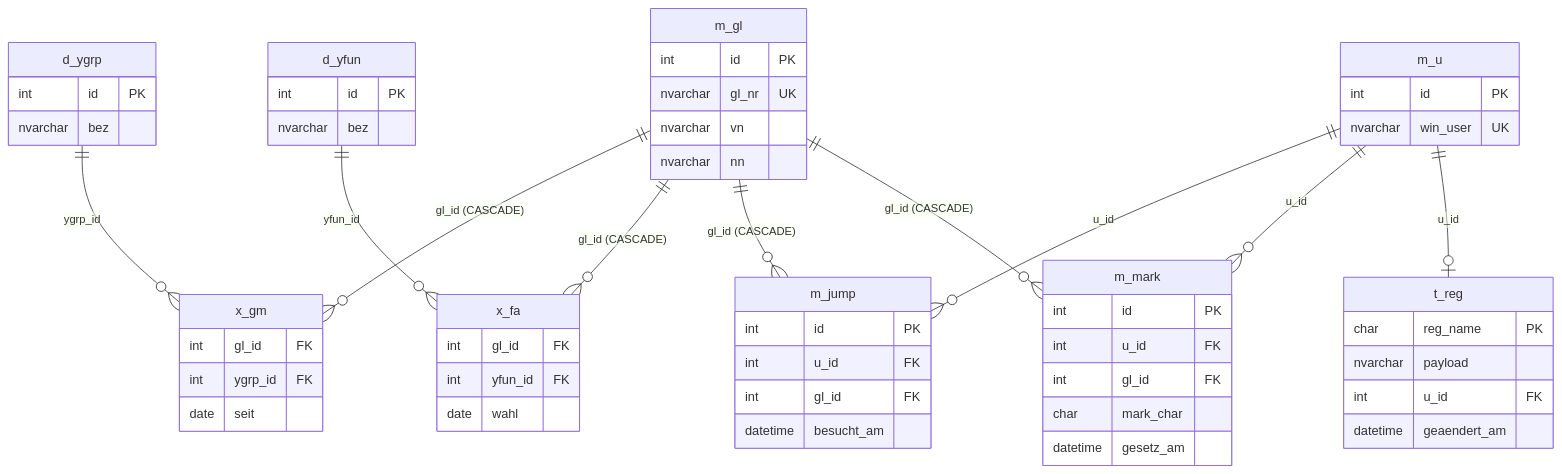
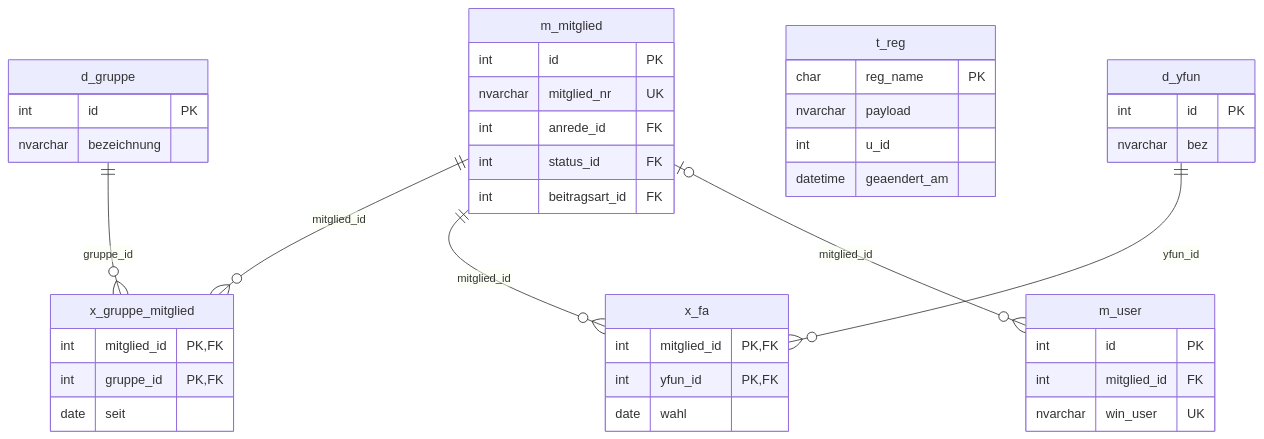
The fourth of 6 diagrams in schema-diagramme.md (ovaya2/y), drawn with Mermaid before and after one commit. The commit also changed other lines of this file and 1 other file, not shown here.

First line of the commit message:
docs: schema.md und schema-diagramme.md v2.0.0 (Neuaufbau aus yam2.Database, Stand d1dfd1b)

````diff
--- a/schema-diagramme.md
+++ b/schema-diagramme.md
@@ -219,68 +253,44 @@
 ```mermaid
 erDiagram
-    m_gl {
+    d_gruppe {
         int id PK
-        nvarchar gl_nr UK
-        nvarchar vn
-        nvarchar nn
+        nvarchar bezeichnung
     }
-
-    d_ygrp {
-        int id PK
-        nvarchar bez
+    x_gruppe_mitglied {
+        int mitglied_id PK, FK
+        int gruppe_id PK, FK
+        date seit
     }
-
     d_yfun {
         int id PK
         nvarchar bez
     }
-
-    x_gm {
-        int gl_id FK
-        int ygrp_id FK
-        date seit
-    }
-
     x_fa {
-        int gl_id FK
-        int yfun_id FK
+        int mitglied_id PK, FK
+        int yfun_id PK, FK
         date wahl
     }
-
-    m_u {
-        int id PK
-        nvarchar win_user UK
-    }
-
-    m_jump {
-        int id PK
-        int u_id FK
-        int gl_id FK
-        datetime besucht_am
-    }
-
-    m_mark {
-        int id PK
-        int u_id FK
-        int gl_id FK
-        char mark_char
-        datetime gesetz_am
-    }
-
     t_reg {
         char reg_name PK
         nvarchar payload
-        int u_id FK
+        int u_id
         datetime geaendert_am
     }
-
-    m_gl ||--o{ x_gm : "gl_id (CASCADE)"
-    d_ygrp ||--o{ x_gm : "ygrp_id"
-    m_gl ||--o{ x_fa : "gl_id (CASCADE)"
+    m_user {
+        int id PK
+        int mitglied_id FK
+        nvarchar win_user UK
+    }
+    m_mitglied {
+        int id PK
+        nvarchar mitglied_nr UK
+        int anrede_id FK
+        int status_id FK
+        int beitragsart_id FK
+    }
+    m_mitglied ||--o{ x_gruppe_mitglied : "mitglied_id"
+    d_gruppe ||--o{ x_gruppe_mitglied : "gruppe_id"
+    m_mitglied ||--o{ x_fa : "mitglied_id"
     d_yfun ||--o{ x_fa : "yfun_id"
-    m_u ||--o{ m_jump : "u_id"
-    m_gl ||--o{ m_jump : "gl_id (CASCADE)"
-    m_u ||--o{ m_mark : "u_id"
-    m_gl ||--o{ m_mark : "gl_id (CASCADE)"
-    m_u ||--o| t_reg : "u_id"
+    m_mitglied |o--o{ m_user : "mitglied_id"
 ```
````
